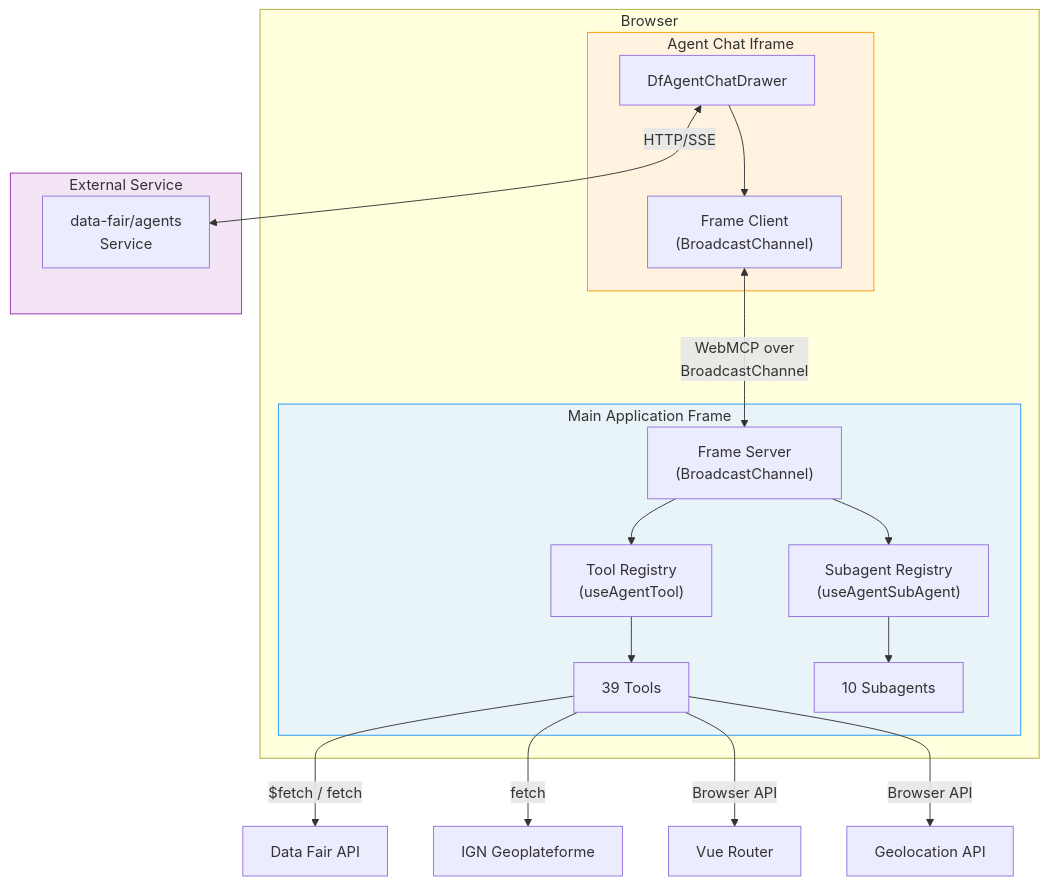
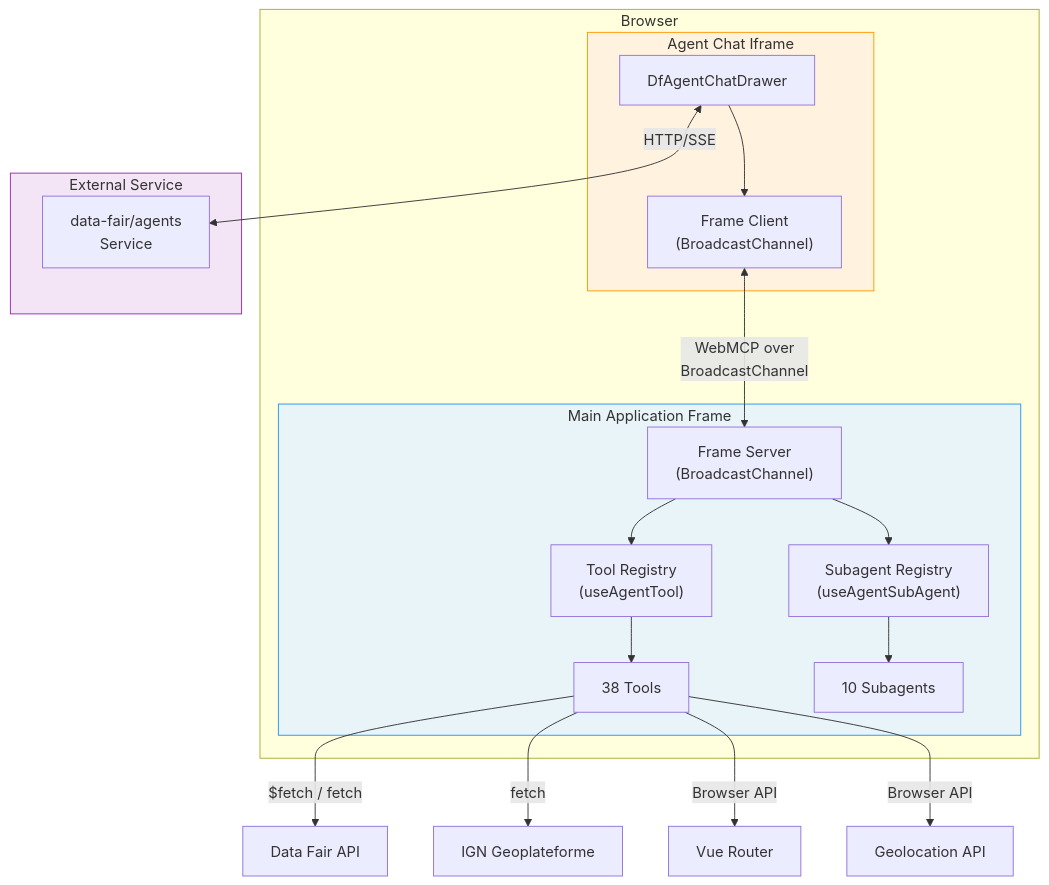
One commit to data-fair/data-fair changed the first of 3 diagrams in docs/architecture/agent-integration.md. Above: the diagram before and after it, drawn with Mermaid. The commit also changed other lines of this file and 10 other files, not shown here.

````diff
--- a/docs/architecture/agent-integration.md
+++ b/docs/architecture/agent-integration.md
@@ -31,34 +31,34 @@
 ```mermaid
 graph TB
     subgraph Browser
         subgraph MainFrame["Main Application Frame"]
             FS["Frame Server<br/>(BroadcastChannel)"]
             TR["Tool Registry<br/>(useAgentTool)"]
             SR["Subagent Registry<br/>(useAgentSubAgent)"]
-            Tools["39 Tools"]
+            Tools["38 Tools"]
             SubAgents["10 Subagents"]
             TR --> Tools
             SR --> SubAgents
             FS --> TR
             FS --> SR
         end
         subgraph ChatIframe["Agent Chat Iframe"]
             CD["DfAgentChatDrawer"]
             FC["Frame Client<br/>(BroadcastChannel)"]
             CD --> FC
         end
         FC <-->|"WebMCP over<br/>BroadcastChannel"| FS
     end
     subgraph External["External Service"]
         AS["data-fair/agents<br/>Service"]
     end
     CD <-->|"HTTP/SSE"| AS
     Tools -->|"$fetch / fetch"| API["Data Fair API"]
     Tools -->|"fetch"| GEO["IGN Geoplateforme"]
     Tools -->|"Browser API"| NAV["Vue Router"]
     Tools -->|"Browser API"| GEOLOC["Geolocation API"]
 
     style MainFrame fill:#e8f4f8,stroke:#2196F3
     style ChatIframe fill:#fff3e0,stroke:#FF9800
     style External fill:#f3e5f5,stroke:#9C27B0
 ```
````
